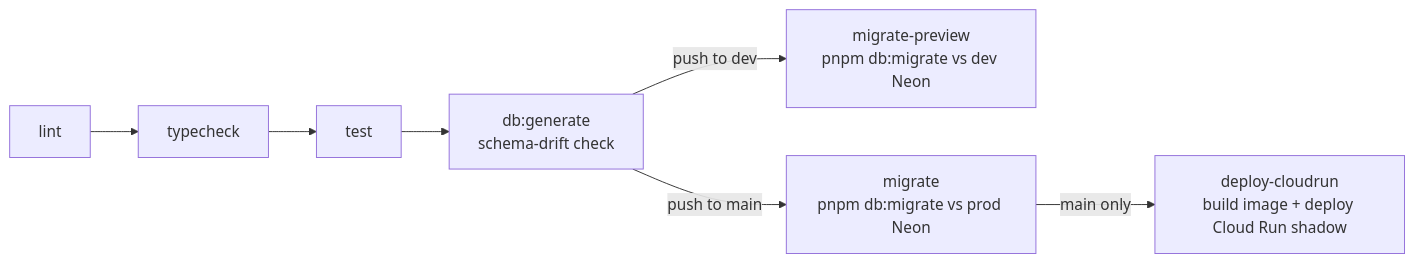
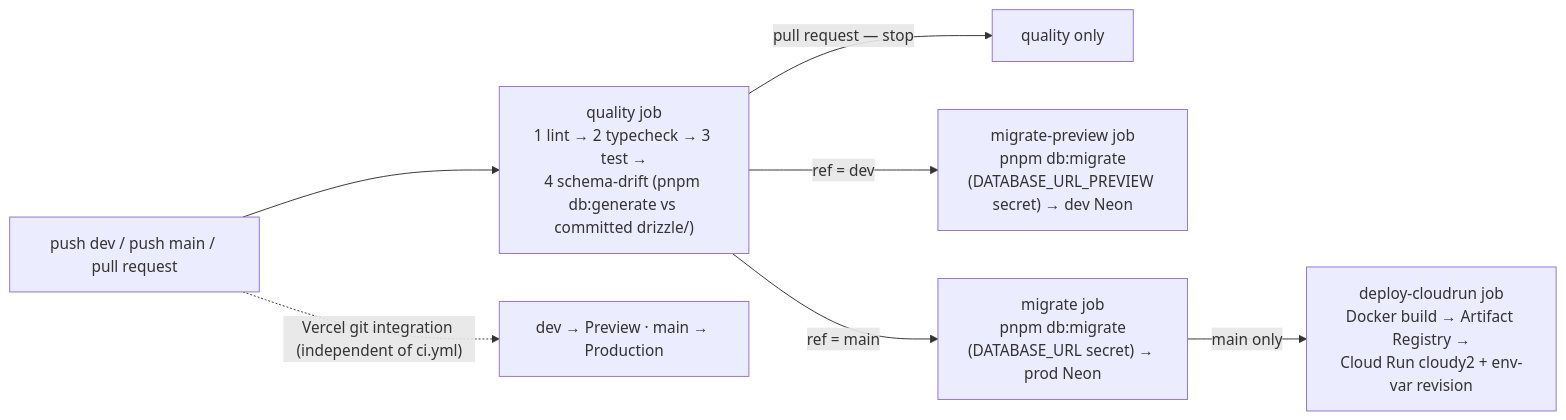
Before and after one commit to oncloudnintynineone-source/cloudy2: the first of 3 diagrams in docs/developer-guide.md, drawn with Mermaid. The commit also changed other lines of this file and 4 other files, not shown here.

Commit message:
docs: dev-ops overview diagrams in README; sync CI/hosting docs with ci.yml

````diff
--- a/docs/developer-guide.md
+++ b/docs/developer-guide.md
@@ -147,7 +150,9 @@
 ```mermaid
 flowchart LR
-    A[lint] --> B[typecheck] --> C[test] --> D[db:generate<br/>schema-drift check]
-    D -- "push to dev" --> E[migrate-preview<br/>pnpm db:migrate vs dev Neon]
-    D -- "push to main" --> F[migrate<br/>pnpm db:migrate vs prod Neon]
-    F -- "main only" --> G[deploy-cloudrun<br/>build image + deploy Cloud Run shadow]
+    TRIG["push dev / push main / pull request"] --> Q["quality job<br/>1 lint → 2 typecheck → 3 test →<br/>4 schema-drift (pnpm db:generate vs committed drizzle/)"]
+    Q -->|"pull request — stop"| PR["quality only"]
+    Q -->|"ref = dev"| MP["migrate-preview job<br/>pnpm db:migrate<br/>(DATABASE_URL_PREVIEW secret) → dev Neon"]
+    Q -->|"ref = main"| MIG["migrate job<br/>pnpm db:migrate<br/>(DATABASE_URL secret) → prod Neon"]
+    MIG -->|"main only"| CR["deploy-cloudrun job<br/>Docker build → Artifact Registry →<br/>Cloud Run cloudy2 + env-var revision"]
+    TRIG -. "Vercel git integration (independent of ci.yml)" .-> VER["dev → Preview · main → Production"]
 ```
````
